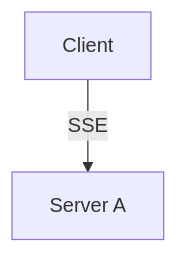
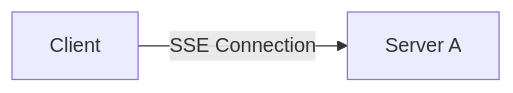
Before and after one commit to MohdMusaiyab/system-design: diagram 34 of 51 in Real_Time_Backend/03_Server_Sent_Events.md, drawn with Mermaid. The commit also changed other lines of this file and 2 other files, not shown here.

Commit message:
graph Fixes RTB

````diff
--- a/Real_Time_Backend/03_Server_Sent_Events.md
+++ b/Real_Time_Backend/03_Server_Sent_Events.md
@@ -1227,4 +1227,4 @@
 ```mermaid
-flowchart TD
-    C["Client"] -->|SSE| SA["Server A"]
+flowchart LR
+    C["Client"] -->|SSE Connection| SA["Server A"]
 ```
````
